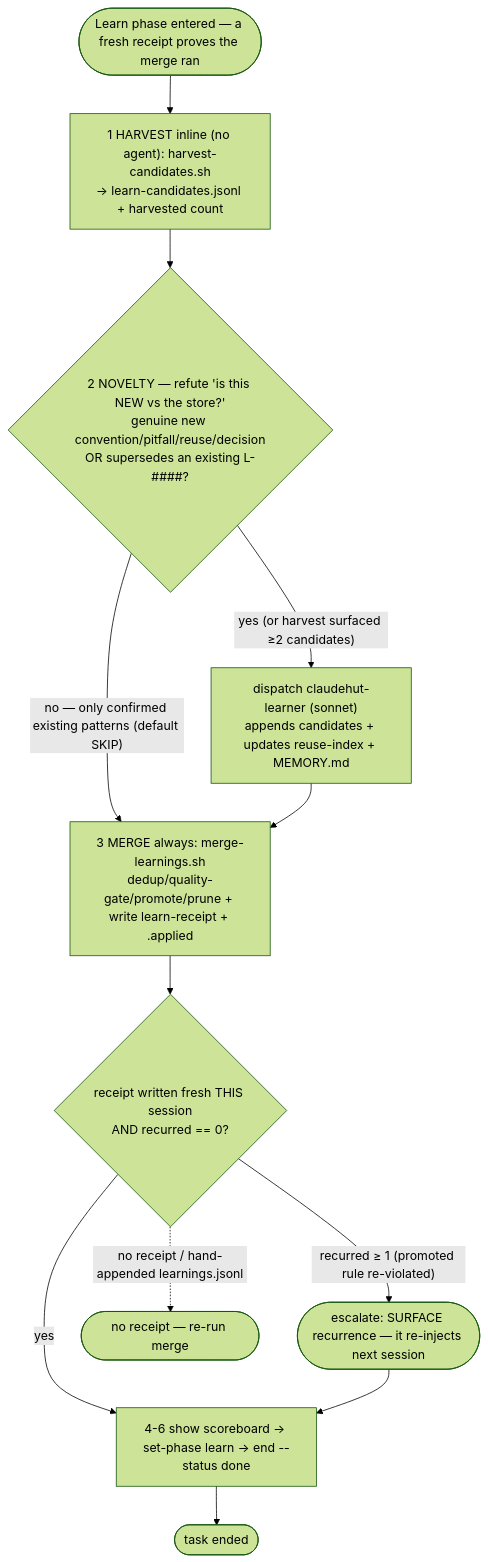
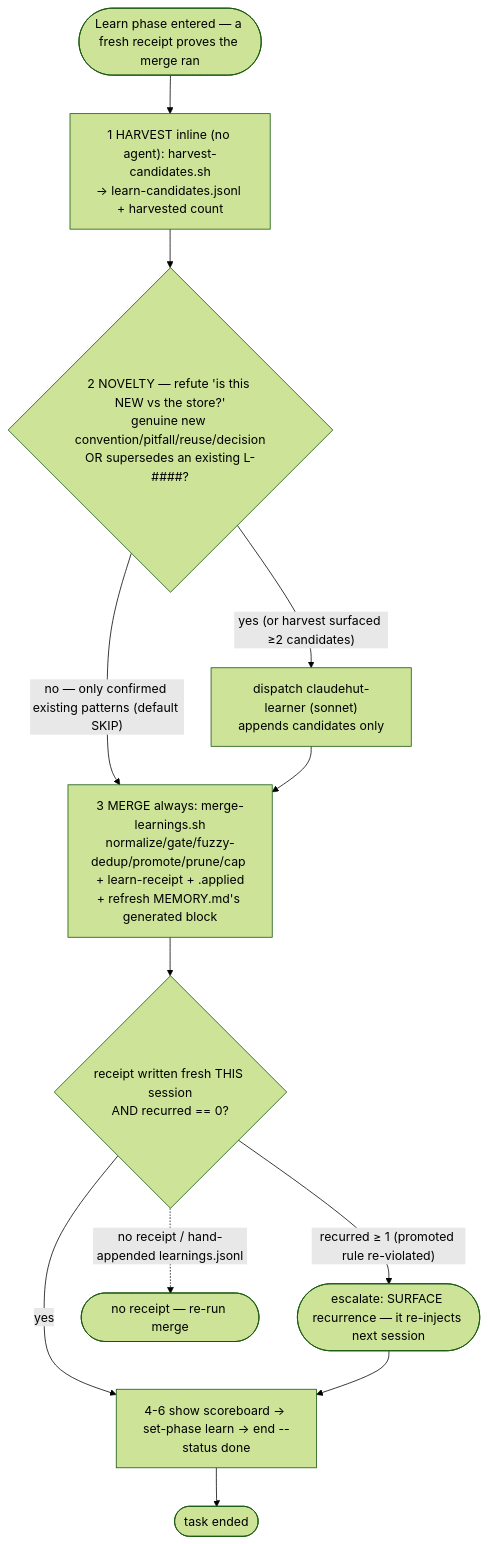
Before and after one commit to taipt1504/claudehut: the diagram in skills/capture-learnings/SKILL.md, drawn with Mermaid (forest theme). The commit also changed other lines of this file and 57 other files, not shown here.

````diff
--- a/skills/capture-learnings/SKILL.md
+++ b/skills/capture-learnings/SKILL.md
@@ -18,14 +18,14 @@
 ```mermaid
 flowchart TB
     start(["Learn phase entered — a fresh receipt proves the merge ran"]) --> harvest["1 HARVEST inline (no agent): harvest-candidates.sh<br/>→ learn-candidates.jsonl + harvested count"]
     harvest --> nov{"2 NOVELTY — refute 'is this NEW vs the store?'<br/>genuine new convention/pitfall/reuse/decision<br/>OR supersedes an existing L-####?"}
     nov -- "no — only confirmed existing patterns (default SKIP)" --> merge
-    nov -- "yes (or harvest surfaced ≥2 candidates)" --> dispatch["dispatch claudehut-learner (sonnet)<br/>appends candidates + updates reuse-index + MEMORY.md"]
-    dispatch --> merge["3 MERGE always: merge-learnings.sh<br/>dedup/quality-gate/promote/prune + write learn-receipt + .applied"]
+    nov -- "yes (or harvest surfaced ≥2 candidates)" --> dispatch["dispatch claudehut-learner (sonnet)<br/>appends candidates only"]
+    dispatch --> merge["3 MERGE always: merge-learnings.sh<br/>normalize/gate/fuzzy-dedup/promote/prune/cap + learn-receipt + .applied<br/>+ refresh MEMORY.md's generated block"]
     merge --> rcpt{"receipt written fresh THIS session<br/>AND recurred == 0?"}
     rcpt -- "recurred ≥ 1 (promoted rule re-violated)" --> surf(["escalate: SURFACE recurrence — it re-injects next session"])
     rcpt -. "no receipt / hand-appended learnings.jsonl" .-> blocked(["no receipt — re-run merge"])
     rcpt -- "yes" --> close["4-6 show scoreboard → set-phase learn → end --status done"]
     surf --> close
     close --> done(["task ended"])
 ```
````
